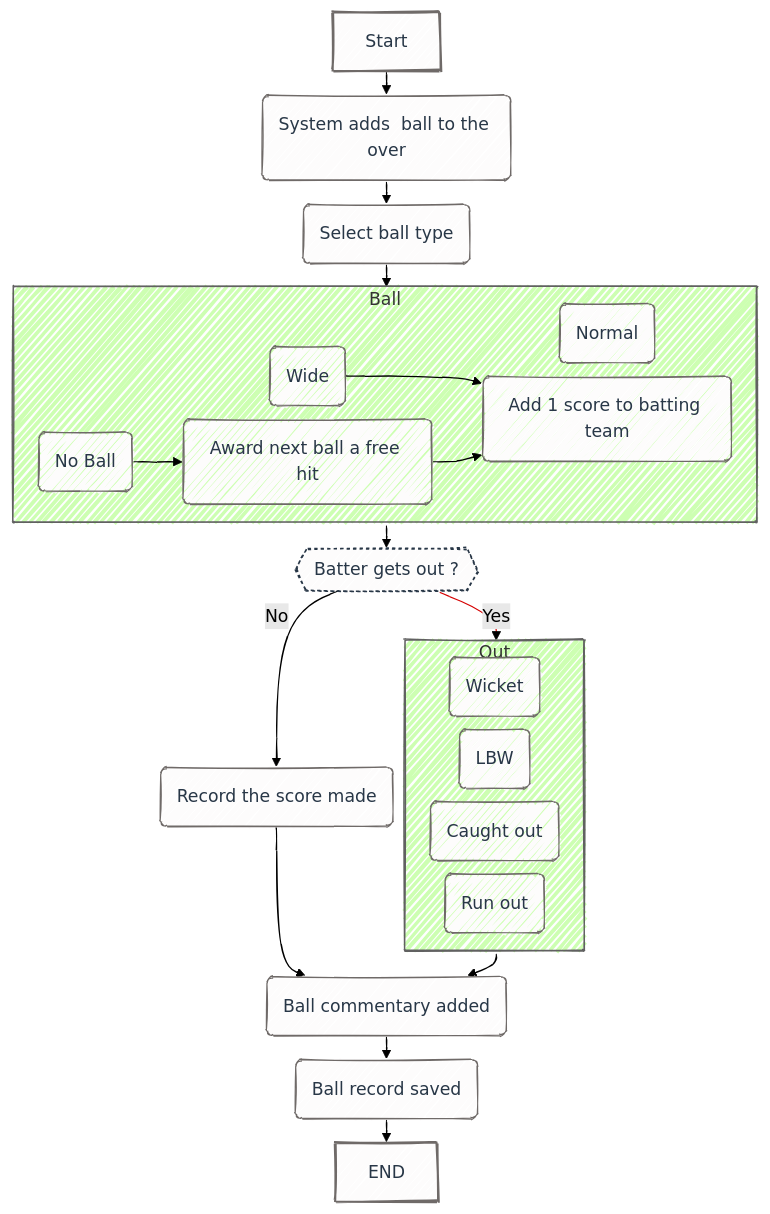
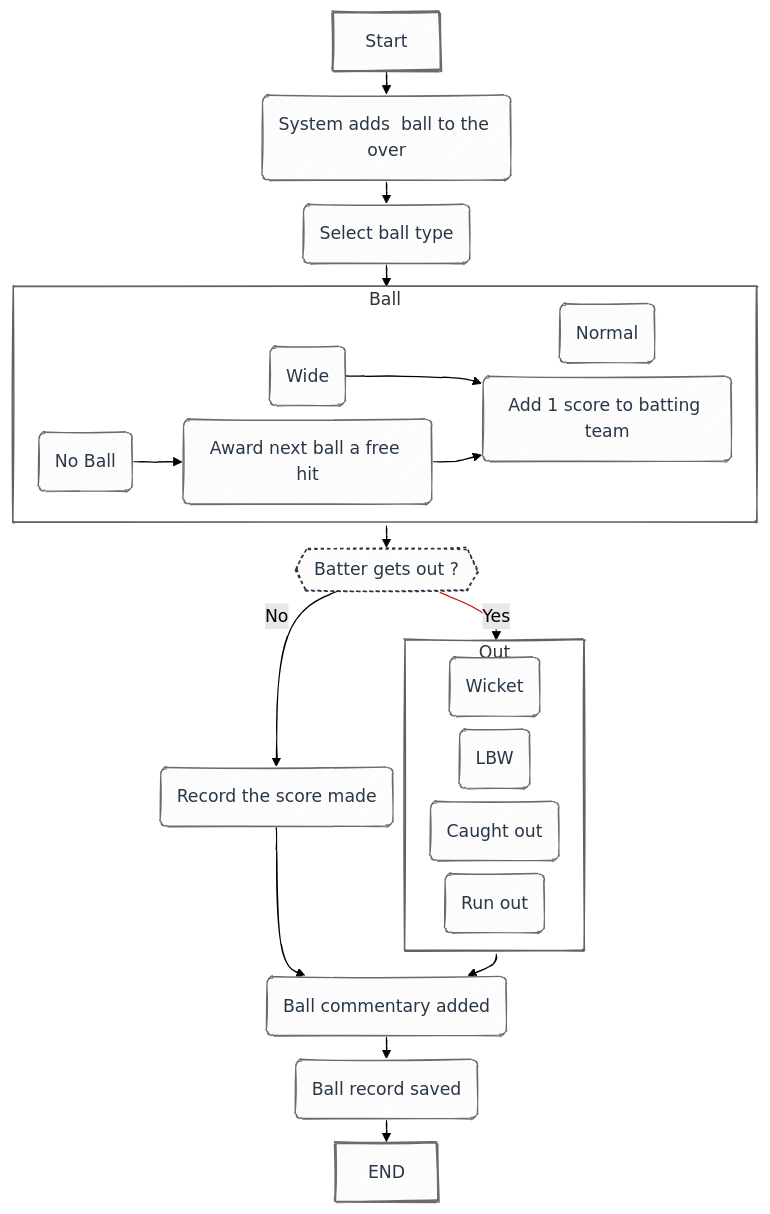
The second of 2 diagrams in Cricinfo/readme.md (piyushmani/grokking-the-object-oriented-design-interview), drawn with Mermaid before and after one commit.

Commit message:
cricinfo

````diff
--- a/Cricinfo/readme.md
+++ b/Cricinfo/readme.md
@@ -218,59 +218,59 @@
 ```mermaid
 
 %%{init: { "theme": "forest", "look": "handDrawn",
 "flowchart": {"nodeSpacing":10, "rankSpacing":20,"curve": "basic","useMaxWidth":true}} }%%
 
 flowchart TD
  subgraph Ball["Ball"]
         B("Normal")
         C("Wide")
         D("No Ball")
         CA("Add 1 score to batting team")
         DA("Award next ball a free hit")
   end
  subgraph Out["Out"]
         J("Wicket")
         K("LBW")
         L("Caught out")
         M("Run out")
   end
     START["Start"] --> A("System adds  ball to the over")
     A --> A2("Select ball type")
     A2 --> Ball
     Ball --> F{{"Batter gets out ?"}}
     C --> CA
     D --> DA
     DA --> CA
     F -- No --> G("Record the score made")
     F -- Yes --> Out
     Out --> N("Ball commentary added")
     G --> N
     N --> P("Ball record saved")
     P --> END["END"]
      B:::normal
      C:::normal
      D:::normal
      CA:::normal
      DA:::normal
      J:::normal
      K:::normal
      L:::normal
      M:::normal
      START:::se
      A:::normal
      A2:::normal
      F:::question
      G:::normal
      N:::normal
      P:::normal
      END:::se
     classDef success fill:#FDFCFC, color:#73C6B6,stroke:#283747
     classDef error fill:#FDFCFC, color:#EC7063 ,stroke:#283747
     classDef question fill:#FDFCFC, color:#283747, stroke:#283747, stroke-width:1.5px, stroke-dasharray:3
     classDef normal fill:#FDFCFC, color:#283747, stroke:#6F6A68, stroke-width:1px
     classDef se fill:#FDFCFC, color:#283747, stroke:#6F6A68, stroke-width:2px
-    style Ball stroke:#616161
-    style Out stroke:#616161
-    linkStyle 8 stroke:#D50000
+    style Ball stroke:#616161,fill:#FFFFFF
+    style Out stroke:#616161,fill:#FFFFFF
+    linkStyle 8 stroke:#D50000,fill:none
  
  ```
````
